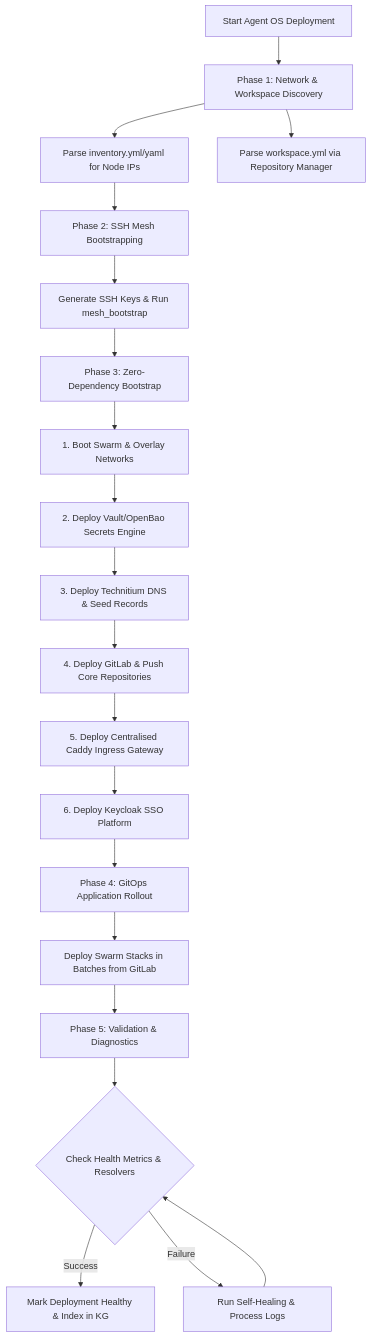
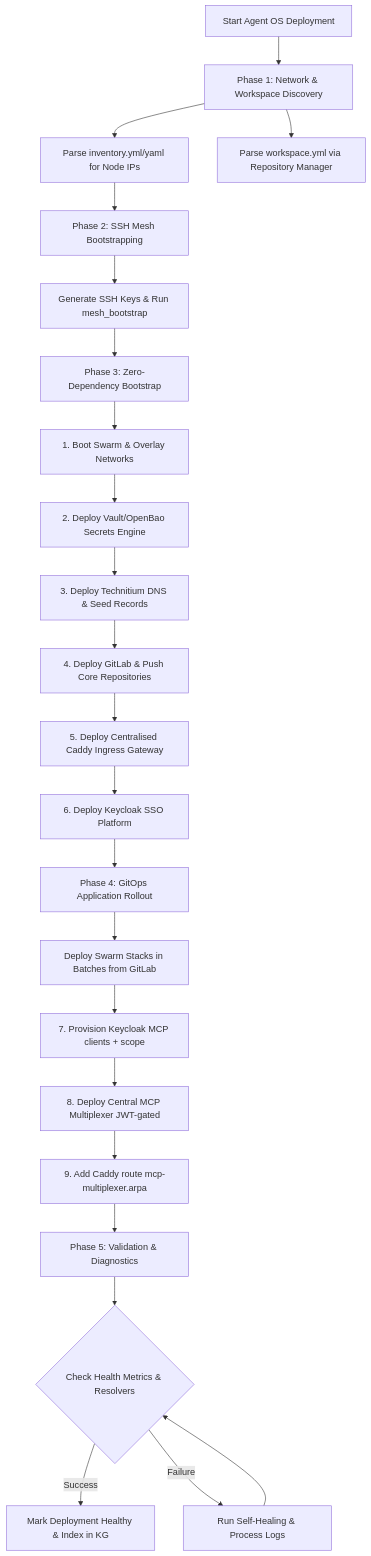
The diagram in universal_skills/infra/agent-os-deployment/SKILL.md (Knuckles-Team/universal-skills), drawn with Mermaid before and after one commit. The commit also changed other lines of this file, not shown here.

First line of the commit message:
docs(day0): document central MCP multiplexer + JWT identity in agent-os-deployment

````diff
--- a/universal_skills/infra/agent-os-deployment/SKILL.md
+++ b/universal_skills/infra/agent-os-deployment/SKILL.md
@@ -52,26 +52,29 @@
 ```mermaid
 flowchart TD
     A[Start Agent OS Deployment] --> B[Phase 1: Network & Workspace Discovery]
     B --> C[Parse inventory.yml/yaml for Node IPs]
     B --> D[Parse workspace.yml via Repository Manager]
 
     C --> E[Phase 2: SSH Mesh Bootstrapping]
     E --> F[Generate SSH Keys & Run mesh_bootstrap]
 
     F --> G[Phase 3: Zero-Dependency Bootstrap]
     G --> H[1. Boot Swarm & Overlay Networks]
     H --> I[2. Deploy Vault/OpenBao Secrets Engine]
     I --> J[3. Deploy Technitium DNS & Seed Records]
     J --> K[4. Deploy GitLab & Push Core Repositories]
     K --> L[5. Deploy Centralised Caddy Ingress Gateway]
     L --> M[6. Deploy Keycloak SSO Platform]
 
     M --> N[Phase 4: GitOps Application Rollout]
     N --> O[Deploy Swarm Stacks in Batches from GitLab]
+    O --> O2[7. Provision Keycloak MCP clients + scope]
+    O2 --> O3[8. Deploy Central MCP Multiplexer JWT-gated]
+    O3 --> O4[9. Add Caddy route mcp-multiplexer.arpa]
 
-    O --> P[Phase 5: Validation & Diagnostics]
+    O4 --> P[Phase 5: Validation & Diagnostics]
     P --> Q{Check Health Metrics & Resolvers}
     Q -->|Success| R[Mark Deployment Healthy & Index in KG]
     Q -->|Failure| S[Run Self-Healing & Process Logs]
     S --> Q
 ```
````
